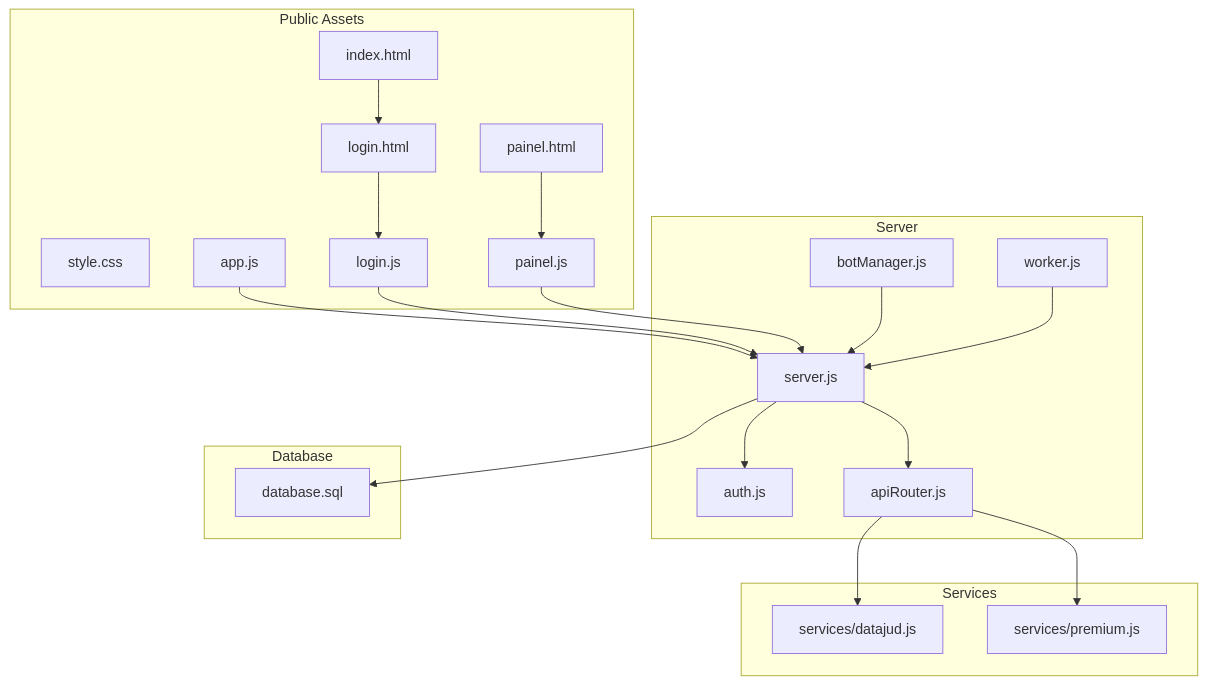
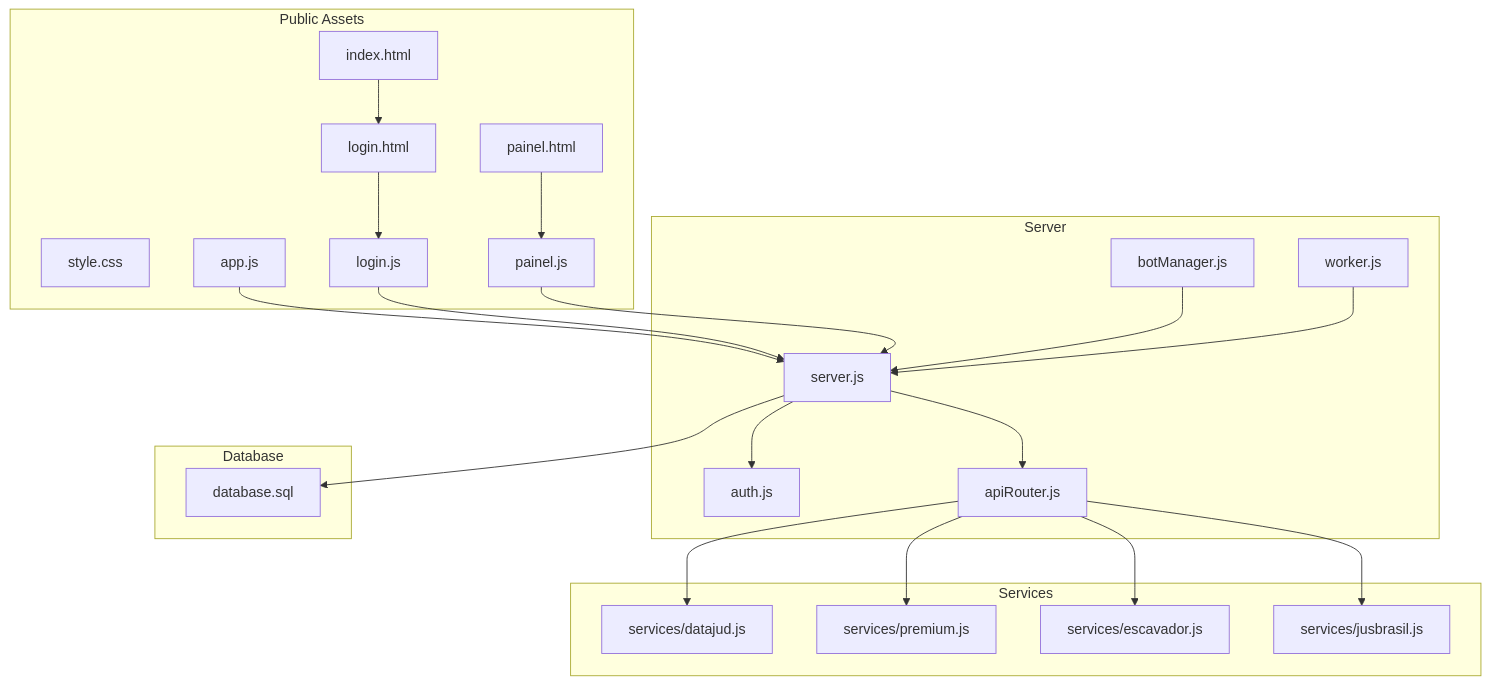
Before and after one commit to Alexandrexicara/bot-processos: the first of 8 diagrams in .qoder/repowiki/en/content/Frontend Interface/Frontend Interface.md, drawn with Mermaid. The commit also changed other lines of this file and 10 other files, not shown here.

````diff
--- a/.qoder/repowiki/en/content/Frontend Interface/Frontend Interface.md
+++ b/.qoder/repowiki/en/content/Frontend Interface/Frontend Interface.md
@@ -45,39 +55,43 @@
 ```mermaid
 graph TB
 subgraph "Public Assets"
 IDX["index.html"]
 LGIN["login.html"]
 PNL["painel.html"]
 CSS["style.css"]
 LGJS["login.js"]
 PNJS["painel.js"]
 APPJS["app.js"]
 end
 subgraph "Server"
 SRV["server.js"]
 AUTH["auth.js"]
 APIR["apiRouter.js"]
 BOTM["botManager.js"]
 WRK["worker.js"]
 end
 subgraph "Database"
 DBSQL["database.sql"]
 end
 subgraph "Services"
 DJ["services/datajud.js"]
 PR["services/premium.js"]
+ES["services/escavador.js"]
+JB["services/jusbrasil.js"]
 end
 IDX --> LGIN
 LGIN --> LGJS
 PNL --> PNJS
 APPJS --> SRV
 LGJS --> SRV
 PNJS --> SRV
 SRV --> AUTH
 SRV --> APIR
+APIR --> ES
 APIR --> DJ
+APIR --> JB
 APIR --> PR
 SRV --> DBSQL
 BOTM --> SRV
 WRK --> SRV
 ```
````
